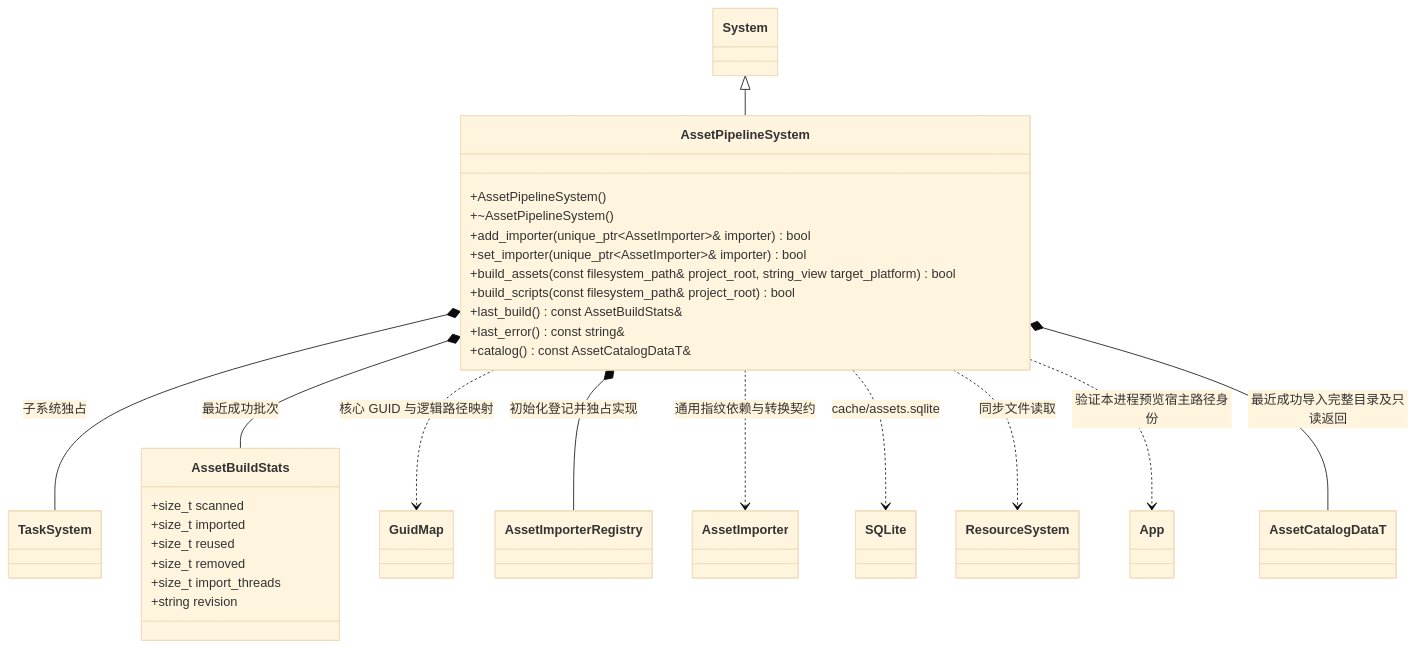
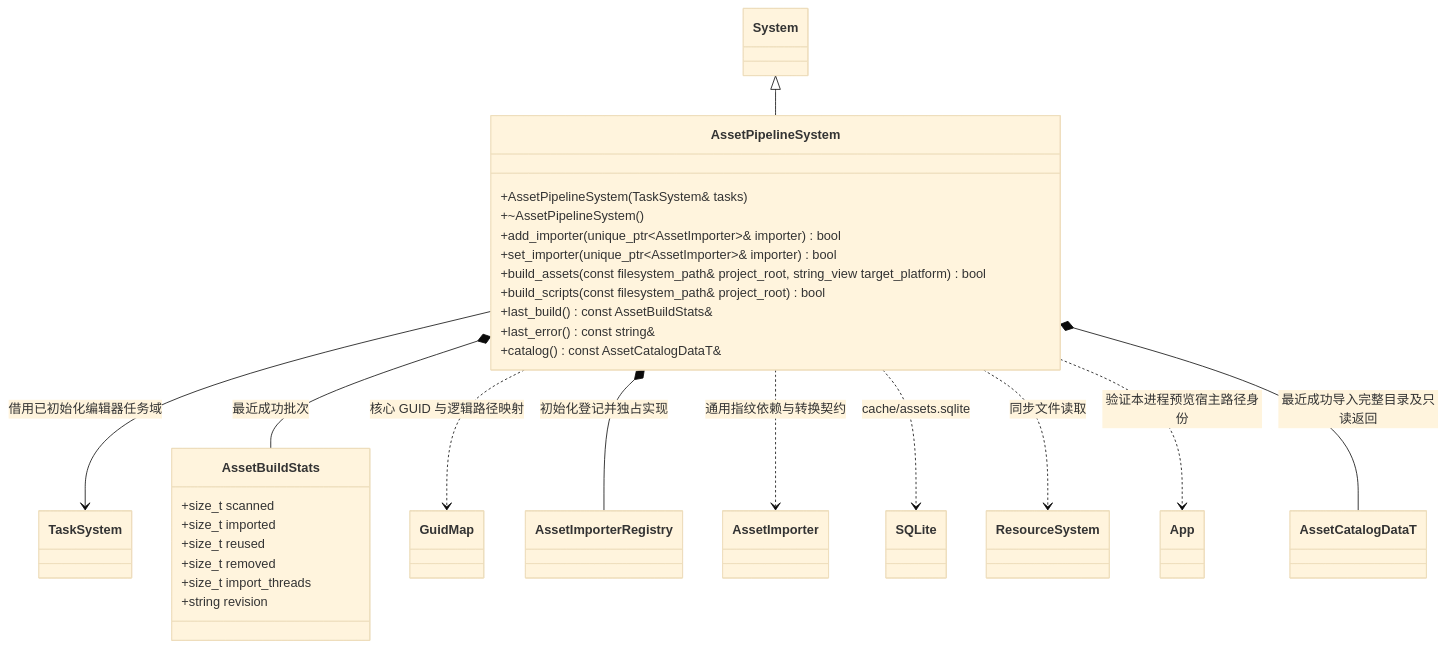
Before and after one commit to lcals/Engine: the diagram in docs/editor/class-diagrams/asset-pipeline-system.md, drawn with Mermaid (base theme). The commit also changed other lines of this file and 62 other files, not shown here.

````diff
--- a/docs/editor/class-diagrams/asset-pipeline-system.md
+++ b/docs/editor/class-diagrams/asset-pipeline-system.md
@@ -7,41 +7,41 @@
 ```mermaid
 classDiagram
     class System
     class AssetPipelineSystem {
-        +AssetPipelineSystem()
+        +AssetPipelineSystem(TaskSystem& tasks)
         +~AssetPipelineSystem()
         +add_importer(unique_ptr~AssetImporter~& importer) bool
         +set_importer(unique_ptr~AssetImporter~& importer) bool
         +build_assets(const filesystem_path& project_root, string_view target_platform) bool
         +build_scripts(const filesystem_path& project_root) bool
         +last_build() const AssetBuildStats&
         +last_error() const string&
         +catalog() const AssetCatalogDataT&
     }
     class AssetBuildStats {
         +size_t scanned
         +size_t imported
         +size_t reused
         +size_t removed
         +size_t import_threads
         +string revision
     }
     class TaskSystem
     class GuidMap
     class AssetImporterRegistry
     class AssetImporter
     class SQLite
     class ResourceSystem
     class App
     class AssetCatalogDataT
     System <|-- AssetPipelineSystem
-    AssetPipelineSystem *-- TaskSystem : 子系统独占
+    AssetPipelineSystem --> TaskSystem : 借用已初始化编辑器任务域
     AssetPipelineSystem *-- AssetBuildStats : 最近成功批次
     AssetPipelineSystem ..> GuidMap : 核心 GUID 与逻辑路径映射
     AssetPipelineSystem *-- AssetImporterRegistry : 初始化登记并独占实现
     AssetPipelineSystem ..> AssetImporter : 通用指纹依赖与转换契约
     AssetPipelineSystem ..> SQLite : cache/assets.sqlite
     AssetPipelineSystem ..> ResourceSystem : 同步文件读取
     AssetPipelineSystem ..> App : 验证本进程预览宿主路径身份
     AssetPipelineSystem *-- AssetCatalogDataT : 最近成功导入完整目录及只读返回
 ```
````
